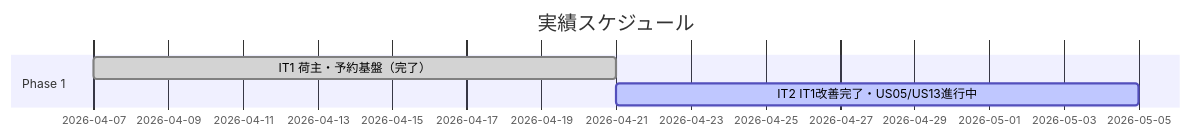
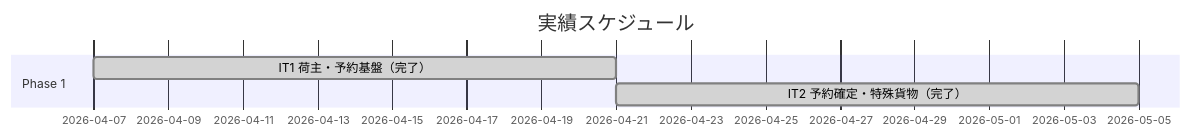
One commit to k2works/case-study-cargo-tracker changed the second of 3 diagrams in docs/development/release_plan.md. Above: the diagram before and after it, drawn with Mermaid. The commit also changed other lines of this file and 6 other files, not shown here.

````diff
--- a/docs/development/release_plan.md
+++ b/docs/development/release_plan.md
@@ -152,8 +152,8 @@
 ```mermaid
 gantt
     title 実績スケジュール
     dateFormat  YYYY-MM-DD
     section Phase 1
     IT1 荷主・予約基盤（完了）  :done, a1, 2026-04-07, 14d
-    IT2 IT1改善完了・US05/US13進行中 :active, a2, 2026-04-21, 14d
+    IT2 予約確定・特殊貨物（完了）    :done, a2, 2026-04-21, 14d
 ```
````
